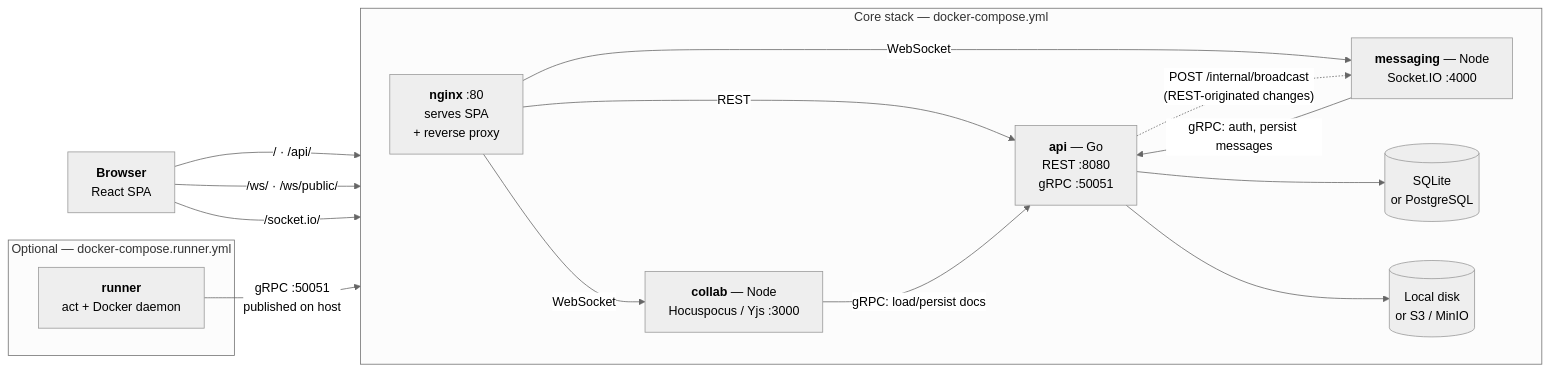
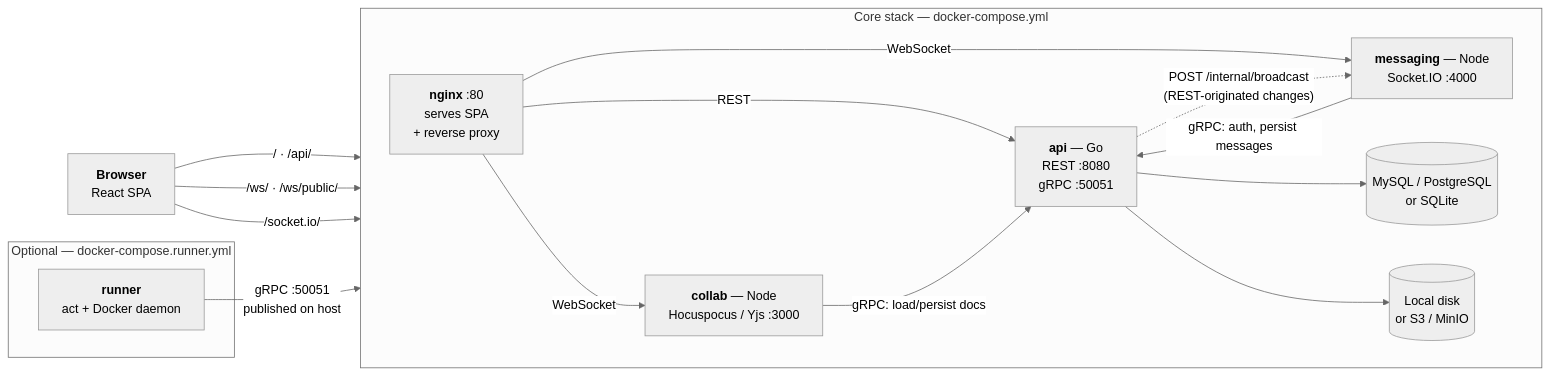
Before and after one commit to notomate/notomate: the diagram in README.md, drawn with Mermaid (neutral theme). The commit also changed other lines of this file and 93 other files, not shown here.

````diff
--- a/README.md
+++ b/README.md
@@ -83,35 +111,35 @@
 ```mermaid
 flowchart LR
     browser["<b>Browser</b><br/>React SPA"]
 
     subgraph core["Core stack — docker-compose.yml"]
         direction LR
         nginx["<b>nginx</b> :80<br/>serves SPA<br/>+ reverse proxy"]
         api["<b>api</b> — Go<br/>REST :8080<br/>gRPC :50051"]
         collab["<b>collab</b> — Node<br/>Hocuspocus / Yjs :3000"]
         messaging["<b>messaging</b> — Node<br/>Socket.IO :4000"]
-        db[("SQLite<br/>or PostgreSQL")]
+        db[("MySQL / PostgreSQL<br/>or SQLite")]
         store[("Local disk<br/>or S3 / MinIO")]
     end
 
     subgraph runnerstack["Optional — docker-compose.runner.yml"]
         runner["<b>runner</b><br/>act + Docker daemon"]
     end
 
     browser -->|"/ · /api/"| nginx
     browser -->|"/ws/ · /ws/public/"| nginx
     browser -->|"/socket.io/"| nginx
 
     nginx -->|"REST"| api
     nginx -->|"WebSocket"| collab
     nginx -->|"WebSocket"| messaging
 
     collab -->|"gRPC: load/persist docs"| api
     messaging -->|"gRPC: auth, persist messages"| api
     api -.->|"POST /internal/broadcast<br/>(REST-originated changes)"| messaging
 
     api --> db
     api --> store
 
     runner -->|"gRPC :50051<br/>published on host"| api
 ```
````
